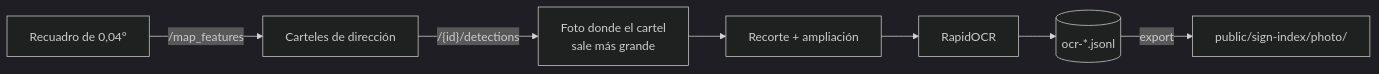
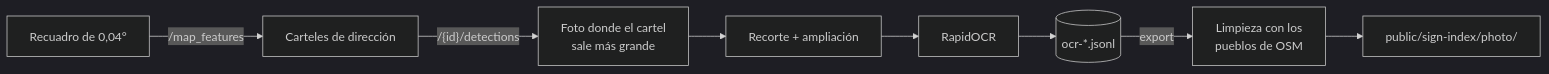
The second of 3 diagrams in README.md (mlunlop/HowFarHome), drawn with Mermaid (dark theme) before and after one commit. The commit also changed other lines of this file, not shown here.

````diff
--- a/README.md
+++ b/README.md
@@ -81,9 +86,10 @@
 ```mermaid
 flowchart LR
     A["Recuadro de 0,04°"] -->|"/map_features"| B["Carteles de dirección"]
     B -->|"/{id}/detections"| C["Foto donde el cartel<br/>sale más grande"]
     C --> D["Recorte + ampliación"]
     D --> E["RapidOCR"]
     E --> F[("ocr-*.jsonl")]
-    F -->|export| G["public/sign-index/photo/"]
+    F -->|export| L["Limpieza con los<br/>pueblos de OSM"]
+    L --> G["public/sign-index/photo/"]
 ```
````
